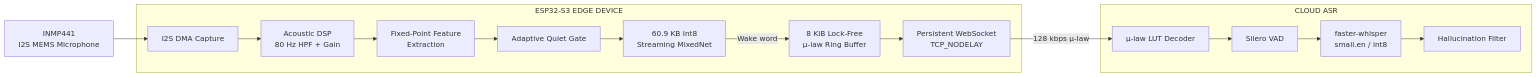
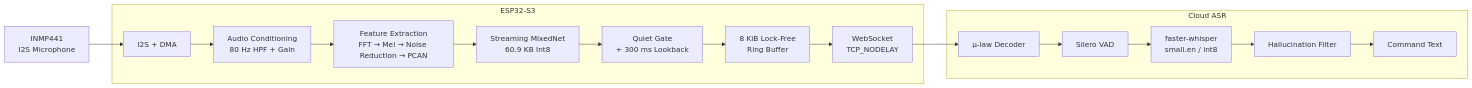
Before and after one commit to Raj24-dev/Kws: the first of 8 diagrams in README.md, drawn with Mermaid. The commit also changed other lines of this file, not shown here.

````diff
--- a/README.md
+++ b/README.md
@@ -149,35 +20,27 @@
 ```mermaid
 flowchart LR
 
-    MIC["INMP441<br/>I2S MEMS Microphone"]
+    MIC["INMP441<br/>I2S Microphone"]
 
-    subgraph ESP["ESP32-S3 EDGE DEVICE"]
-        I2S["I2S DMA Capture"]
-        DSP["Acoustic DSP<br/>80 Hz HPF + Gain"]
-        FE["Fixed-Point Feature<br/>Extraction"]
-        KWS["60.9 KB Int8<br/>Streaming MixedNet"]
-        GATE["Adaptive Quiet Gate"]
-        RING["8 KiB Lock-Free<br/>μ-law Ring Buffer"]
-        WS["Persistent WebSocket<br/>TCP_NODELAY"]
+    subgraph ESP["ESP32-S3"]
+        CAP["I2S + DMA"]
+        DSP["Audio Conditioning<br/>80 Hz HPF + Gain"]
+        FE["Feature Extraction<br/>FFT → Mel → Noise Reduction → PCAN"]
+        KWS["Streaming MixedNet<br/>60.9 KB Int8"]
+        GATE["Quiet Gate<br/>+ 300 ms Lookback"]
+        RING["8 KiB Lock-Free<br/>Ring Buffer"]
+        WS["WebSocket<br/>TCP_NODELAY"]
     end
 
-    subgraph CLOUD["CLOUD ASR"]
-        DEC["μ-law LUT Decoder"]
+    subgraph CLOUD["Cloud ASR"]
+        DEC["μ-law Decoder"]
         VAD["Silero VAD"]
         ASR["faster-whisper<br/>small.en / int8"]
         FILTER["Hallucination Filter"]
+        OUT["Command Text"]
     end
 
-    MIC --> I2S
-    I2S --> DSP
-    DSP --> FE
-    FE --> GATE
-    GATE --> KWS
-
-    KWS -->|"Wake word"| RING
-    RING --> WS
-    WS -->|"128 kbps μ-law"| DEC
-    DEC --> VAD
-    VAD --> ASR
-    ASR --> FILTER
+    MIC --> CAP --> DSP --> FE --> KWS --> GATE
+    GATE --> RING --> WS
+    WS --> DEC --> VAD --> ASR --> FILTER --> OUT
 ```
````
